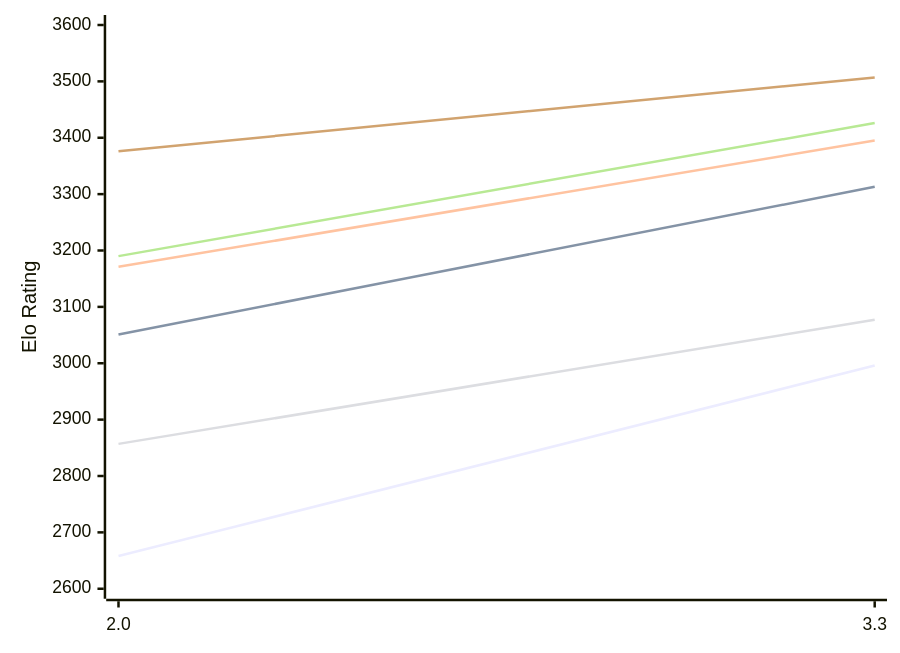
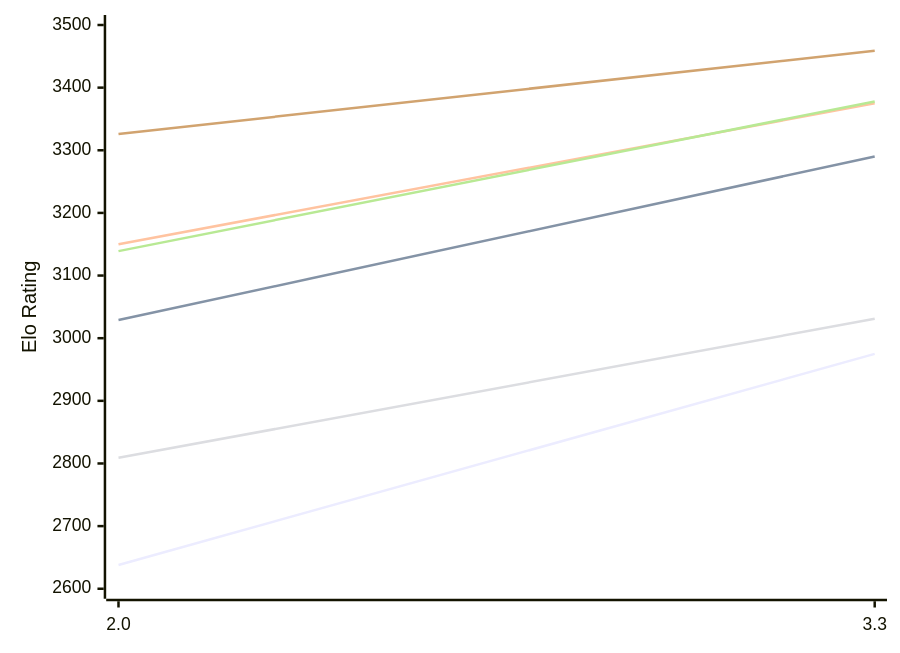
The first of 2 diagrams in engines/Ceylondemon.md (computer-chess-index/cci), drawn with Mermaid before and after one commit. The commit also changed other lines of this file, not shown here.

Commit message:
Update CCI Ratings (ELO VLTC) - 2026-11-08

````diff
--- a/engines/Ceylondemon.md
+++ b/engines/Ceylondemon.md
@@ -50,12 +50,12 @@
 ```mermaid
 %%{init: {"theme":"base","themeVariables":{"seriesColors:['#a3a3a3','#222221','#faa371']}}}%%
 xychart-beta
   x-axis ["2.0", "3.3"]
-  y-axis "Elo Rating" 2600 --> 3600
-  line "E1: STC (8.0+0.08s)" [2658, 2996]
-  line "E1: LTC (60.0+0.60s)" [3051, 3313]
-  line "E1: VLTC (2m24s+1.12s)" [3171, 3395]
-  line "P1: STC (8.0+0.08s)" [2857, 3077]
-  line "P1: LTC (60.0+0.60s)" [3190, 3426]
-  line "P1: VLTC (2m24s+1.12s)" [3376, 3507]
+  y-axis "Elo Rating" 2600 --> 3500
+  line "E1: STC (8.0+0.08s)" [2638, 2975]
+  line "E1: LTC (60.0+0.60s)" [3029, 3290]
+  line "E1: VLTC (2m24s+1.12s)" [3150, 3375]
+  line "P1: STC (8.0+0.08s)" [2809, 3031]
+  line "P1: LTC (60.0+0.60s)" [3139, 3378]
+  line "P1: VLTC (2m24s+1.12s)" [3326, 3459]
 ```
````
